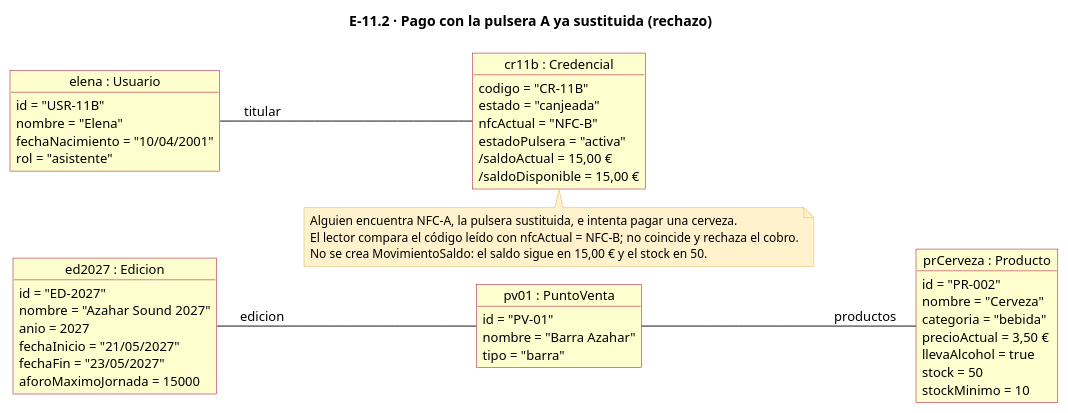
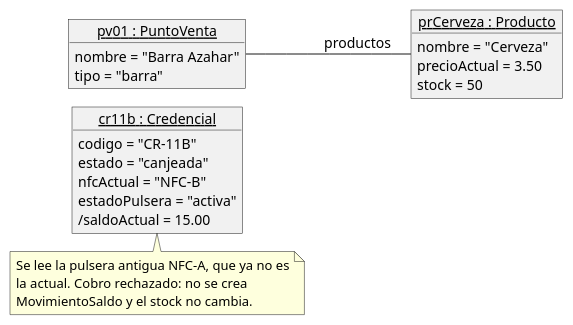
Before and after one commit to Antmungar2/proyecto-curso-iissi1-2026-antmungar2: the diagram in docs/diagramas/escenarios/e11-2.puml, drawn with PlantUML. The commit also changed 30 other files, not shown here.

Commit message:
E2: simplificar diagramas de R.N.10 y R.N.11 al estilo de Darya

```diff
--- a/docs/diagramas/escenarios/e11-2.puml
+++ b/docs/diagramas/escenarios/e11-2.puml
@@ -1,67 +1,46 @@
 @startuml
 !pragma layout smetana
-title E-11.2 · Pago con la pulsera A ya sustituida (rechazo)
 hide empty members
-left to right direction
 skinparam backgroundColor #FFFFFF
+skinparam shadowing false
 skinparam defaultFontName Helvetica
-skinparam defaultFontSize 13
+skinparam defaultFontSize 14
 skinparam object {
-  BackgroundColor #FEFECE
-  BorderColor #A80036
+  BackgroundColor #F1F1F1
+  BorderColor #181818
+  FontSize 14
+}
+skinparam note {
+  BackgroundColor #FEFFDD
+  BorderColor #181818
   FontSize 13
 }
-skinparam note {
-  BackgroundColor #FFF2CC
-  BorderColor #D6B656
-  FontSize 12
-}
 skinparam nodesep 30
-skinparam ranksep 30
+skinparam ranksep 35
+left to right direction
 
-object "ed2027 : Edicion" as ed2027 {
-  id = "ED-2027"
-  nombre = "Azahar Sound 2027"
-  anio = 2027
-  fechaInicio = "21/05/2027"
-  fechaFin = "23/05/2027"
-  aforoMaximoJornada = 15000
-}
-object "pv01 : PuntoVenta" as pv01 {
-  id = "PV-01"
-  nombre = "Barra Azahar"
-  tipo = "barra"
-}
-object "prCerveza : Producto" as prCerveza {
-  id = "PR-002"
-  nombre = "Cerveza"
-  categoria = "bebida"
-  precioActual = 3,50 €
-  llevaAlcohol = true
-  stock = 50
-  stockMinimo = 10
-}
-object "elena : Usuario" as elena {
-  id = "USR-11B"
-  nombre = "Elena"
-  fechaNacimiento = "10/04/2001"
-  rol = "asistente"
-}
-object "cr11b : Credencial" as cr11b {
+object "<u>cr11b : Credencial</u>" as cr11b {
   codigo = "CR-11B"
   estado = "canjeada"
   nfcActual = "NFC-B"
   estadoPulsera = "activa"
-  /saldoActual = 15,00 €
-  /saldoDisponible = 15,00 €
+  /saldoActual = 15.00
 }
-ed2027 -- pv01 : edicion
+object "<u>prCerveza : Producto</u>" as prCerveza {
+  nombre = "Cerveza"
+  precioActual = 3.50
+  stock = 50
+}
+object "<u>pv01 : PuntoVenta</u>" as pv01 {
+  nombre = "Barra Azahar"
+  tipo = "barra"
+}
+
 pv01 -- prCerveza : productos
-elena -- cr11b : titular
 
 note bottom of cr11b
-Alguien encuentra NFC-A, la pulsera sustituida, e intenta pagar una cerveza.
-El lector compara el código leído con nfcActual = NFC-B; no coincide y rechaza el cobro.
-No se crea MovimientoSaldo: el saldo sigue en 15,00 € y el stock en 50.
+Se lee la pulsera antigua NFC-A, que ya no es
+la actual. Cobro rechazado: no se crea
+MovimientoSaldo y el stock no cambia.
 end note
 @enduml
```
